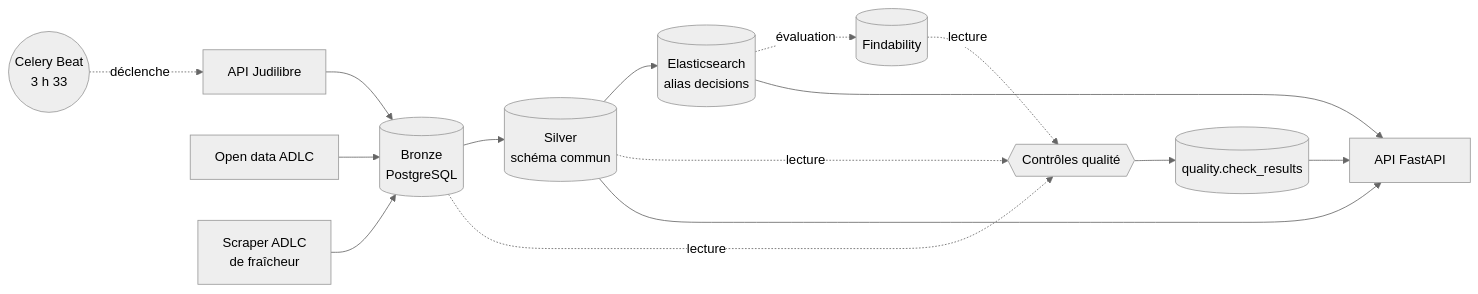
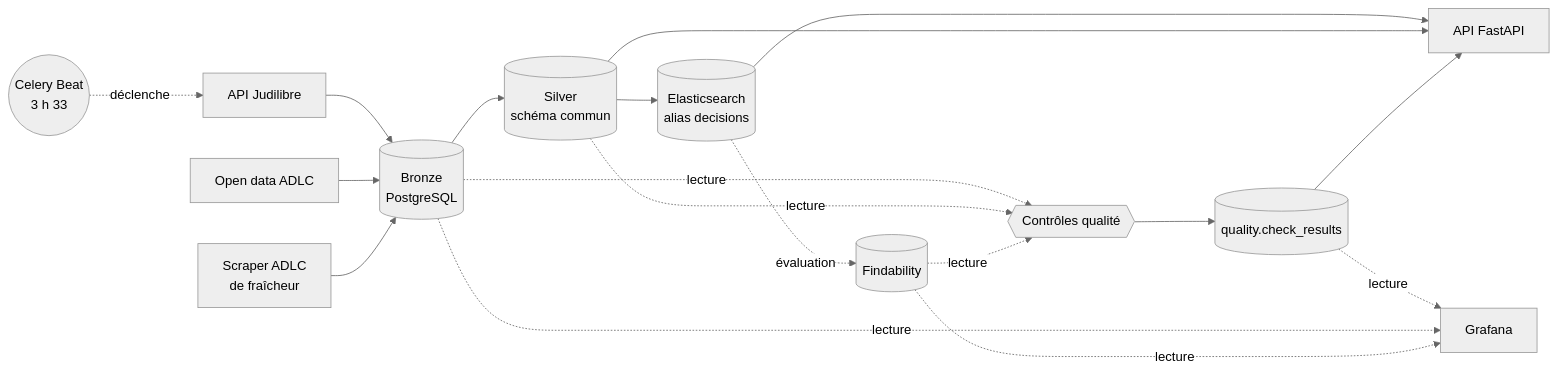
Before and after one commit to Maeva-RODRIGUES/legal-data-pipeline: the diagram in README.md, drawn with Mermaid (neutral theme). The commit also changed other lines of this file and 1 other file, not shown here.

````diff
--- a/README.md
+++ b/README.md
@@ -21,17 +22,20 @@
 ```mermaid
 flowchart LR
     C((Celery Beat<br/>3 h 33)) -. déclenche .-> J
     J[API Judilibre] --> B[(Bronze<br/>PostgreSQL)]
     O[Open data ADLC] --> B
     W[Scraper ADLC<br/>de fraîcheur] --> B
     B --> S[(Silver<br/>schéma commun)]
     S --> E[(Elasticsearch<br/>alias decisions)]
     E -. évaluation .-> F[(Findability)]
     B -. lecture .-> Q{{Contrôles qualité}}
     S -. lecture .-> Q
     F -. lecture .-> Q
     Q --> R[(quality.check_results)]
     E --> A[API FastAPI]
     S --> A
     R --> A
+    R -. lecture .-> G[Grafana]
+    B -. lecture .-> G
+    F -. lecture .-> G
 ```
````
